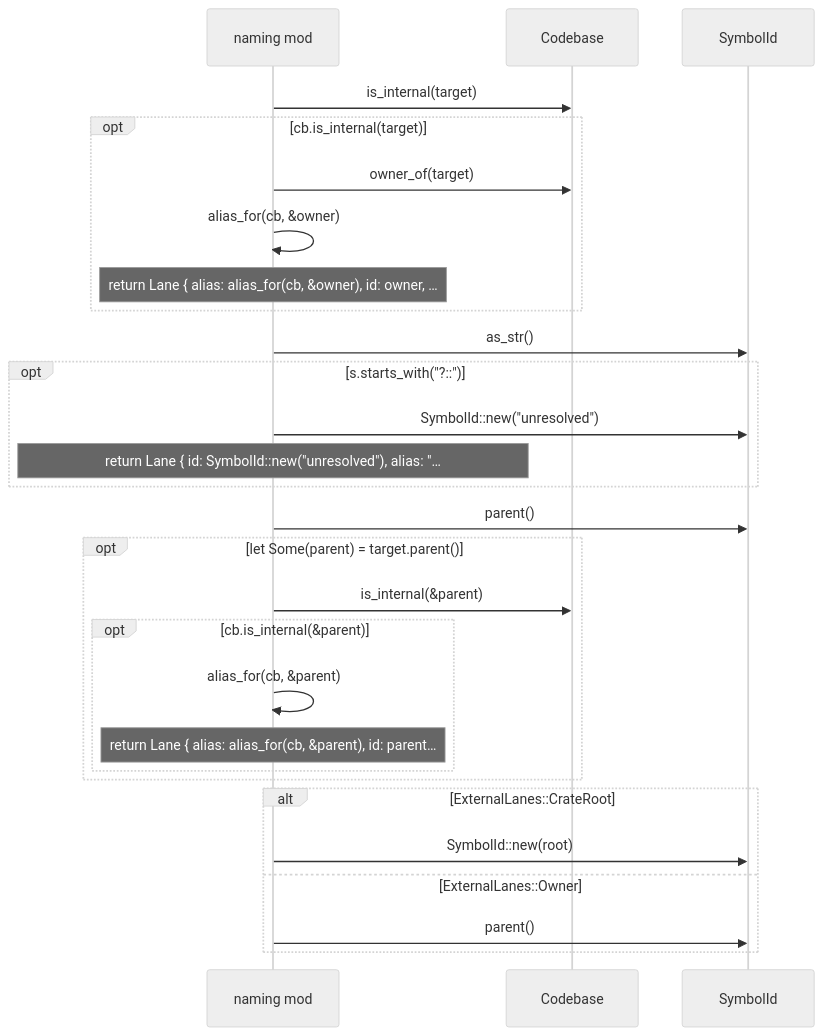
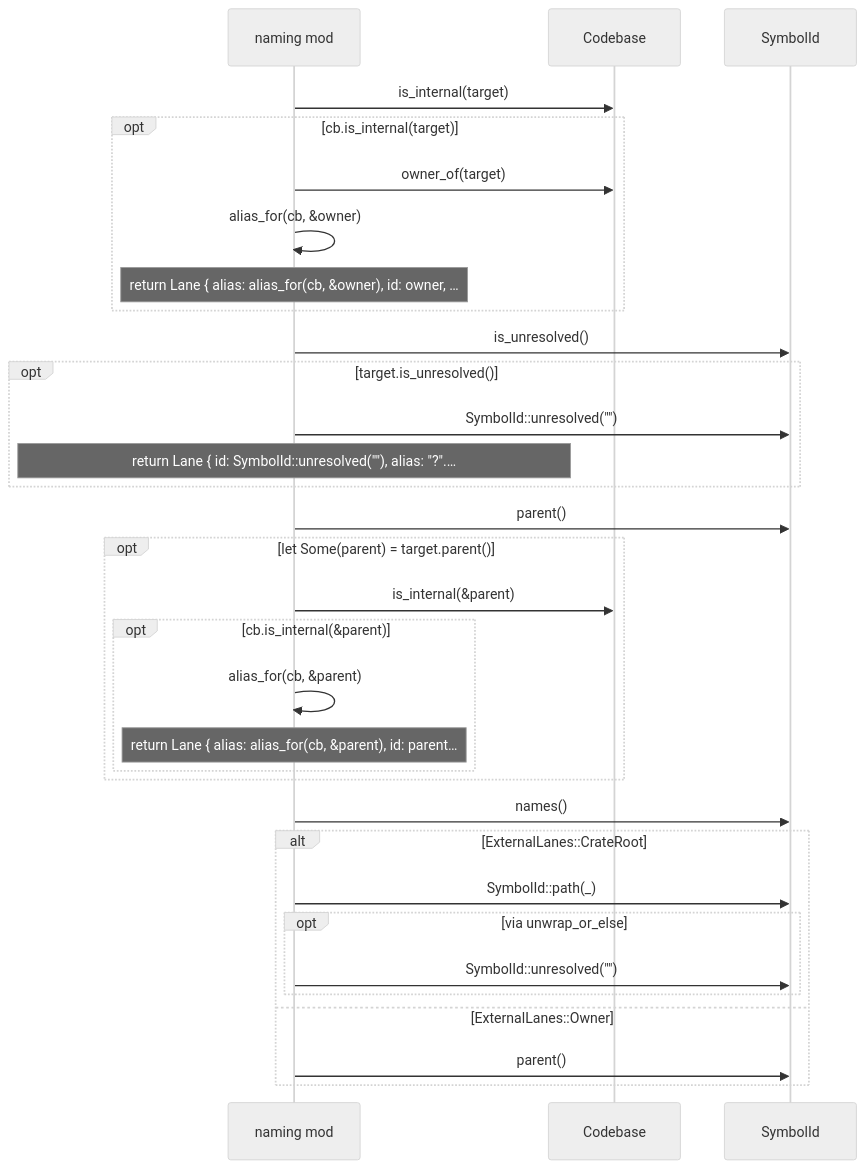
Before and after one commit to DreamLab-AI/codemaid: the fourth of 5 diagrams in docs/sealmap/crates/sealmap-corpus/src/naming.rs.md, drawn with Mermaid (neutral theme). The commit also changed other lines of this file and 45 other files, not shown here.

First line of the commit message:
docs: regenerate the self-corpus for sym: ids and schema v2

````diff
--- a/docs/sealmap/crates/sealmap-corpus/src/naming.rs.md
+++ b/docs/sealmap/crates/sealmap-corpus/src/naming.rs.md
@@ -79,30 +77,34 @@
 ```mermaid
 sequenceDiagram
   participant sealmap_corpus__naming as naming mod
-  participant sealmap_model__codebase__Codebase as Codebase
-  participant sealmap_model__symbol__SymbolId as SymbolId
-  sealmap_corpus__naming->>sealmap_model__codebase__Codebase: is_internal(target)
+  participant sealmap_model__codebase___tCodebase as Codebase
+  participant sealmap_model__sym___tSymbolId as SymbolId
+  sealmap_corpus__naming->>sealmap_model__codebase___tCodebase: is_internal(target)
   opt cb.is_internal(target)
-    sealmap_corpus__naming->>sealmap_model__codebase__Codebase: owner_of(target)
+    sealmap_corpus__naming->>sealmap_model__codebase___tCodebase: owner_of(target)
     sealmap_corpus__naming->>sealmap_corpus__naming: alias_for(cb, &owner)
     Note over sealmap_corpus__naming: return Lane { alias: alias_for(cb, &owner), id: owner, …
   end
-  sealmap_corpus__naming->>sealmap_model__symbol__SymbolId: as_str()
-  opt s.starts_with(#quot;?::#quot;)
-    sealmap_corpus__naming->>sealmap_model__symbol__SymbolId: SymbolId::new(#quot;unresolved#quot;)
-    Note over sealmap_corpus__naming: return Lane { id: SymbolId::new(#quot;unresolved#quot;), alias: #quot;…
+  sealmap_corpus__naming->>sealmap_model__sym___tSymbolId: is_unresolved()
+  opt target.is_unresolved()
+    sealmap_corpus__naming->>sealmap_model__sym___tSymbolId: SymbolId::unresolved(#quot;#quot;)
+    Note over sealmap_corpus__naming: return Lane { id: SymbolId::unresolved(#quot;#quot;), alias: #quot;?#quot;.…
   end
-  sealmap_corpus__naming->>sealmap_model__symbol__SymbolId: parent()
+  sealmap_corpus__naming->>sealmap_model__sym___tSymbolId: parent()
   opt let Some(parent) = target.parent()
-    sealmap_corpus__naming->>sealmap_model__codebase__Codebase: is_internal(&parent)
+    sealmap_corpus__naming->>sealmap_model__codebase___tCodebase: is_internal(&parent)
     opt cb.is_internal(&parent)
       sealmap_corpus__naming->>sealmap_corpus__naming: alias_for(cb, &parent)
       Note over sealmap_corpus__naming: return Lane { alias: alias_for(cb, &parent), id: parent…
     end
   end
+  sealmap_corpus__naming->>sealmap_model__sym___tSymbolId: names()
   alt ExternalLanes::CrateRoot
-    sealmap_corpus__naming->>sealmap_model__symbol__SymbolId: SymbolId::new(root)
+    sealmap_corpus__naming->>sealmap_model__sym___tSymbolId: SymbolId::path(_)
+    opt via unwrap_or_else
+      sealmap_corpus__naming->>sealmap_model__sym___tSymbolId: SymbolId::unresolved(#quot;#quot;)
+    end
   else ExternalLanes::Owner
-    sealmap_corpus__naming->>sealmap_model__symbol__SymbolId: parent()
+    sealmap_corpus__naming->>sealmap_model__sym___tSymbolId: parent()
   end
 ```
````
